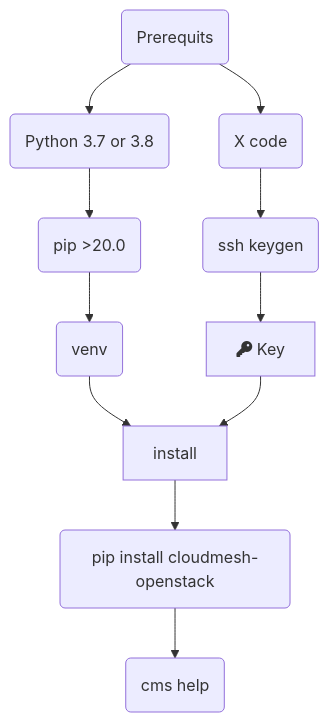
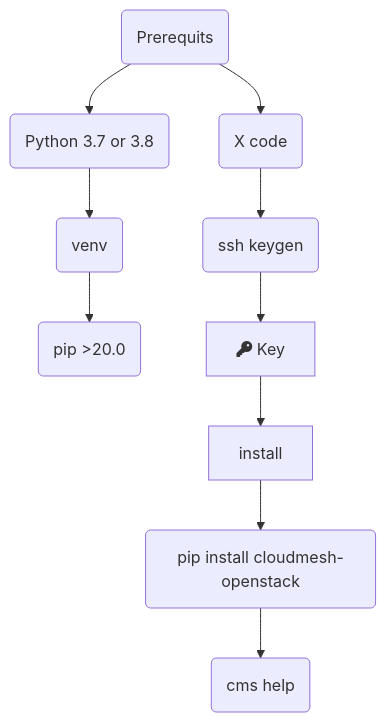
The diagram in docs-source/source/installation/install-macos.rst (cloudmesh/cloudmesh-manual), drawn with Mermaid before and after one commit. The commit also changed other lines of this file and 23 other files, not shown here.

```diff
--- a/docs-source/source/installation/install-macos.rst
+++ b/docs-source/source/installation/install-macos.rst
@@ -4,15 +4,14 @@
 .. mermaid::
 
    graph TD
       A(Prerequits) --> python(Python 3.7 or 3.8)
-      python --> pip(pip >20.0)
-      pip --> venv(venv)
-      venv --> install
+      python --> venv(venv)
+      venv --> pip(pip >20.0)
       key --> install
       A --> xcode(X code)
       xcode --> keygen(ssh keygen)
       keygen -->key[fa:fa-key Key]
       install --> I(pip install cloudmesh-openstack)
       I --> cms(cms help)
 
-     click Xcode "https://cloudmesh.github.io/cloudmesh-manual/installation/install-macos.html"
+     click Xcode "https://cloudmesh.github.io/cloudmesh-manual/installation/install-macos.html#xcode"
```
